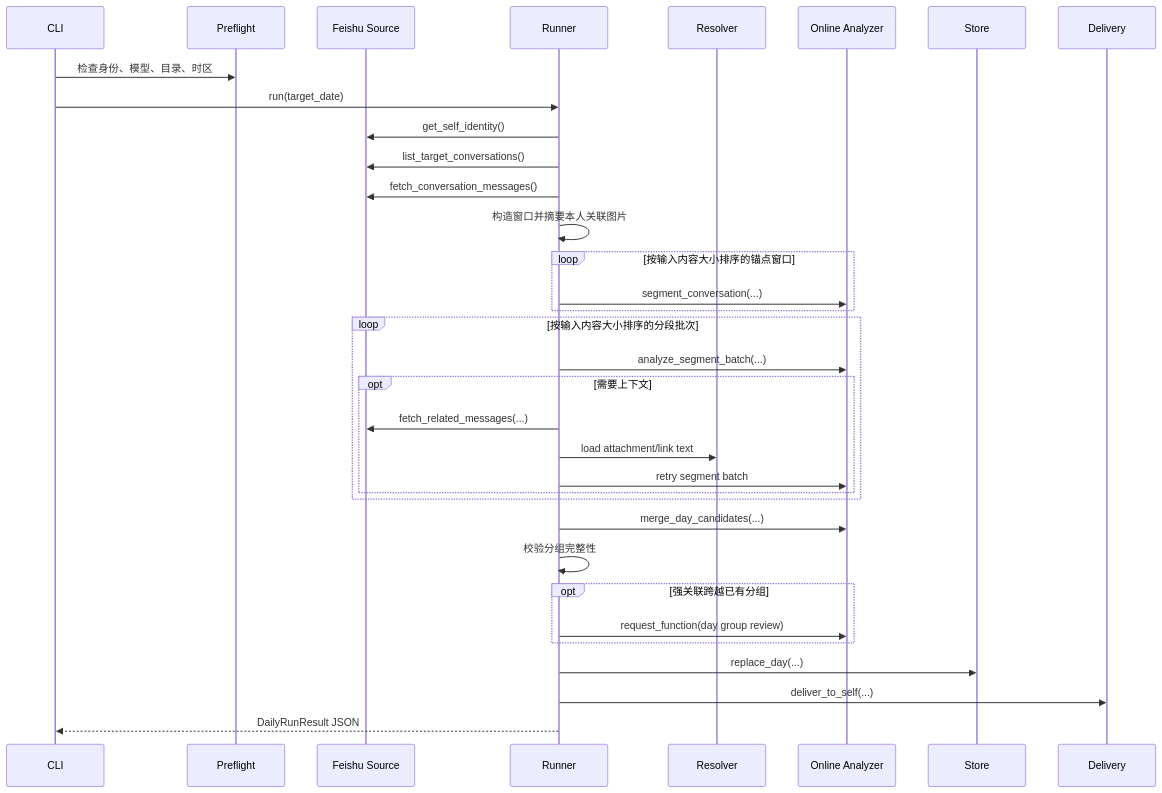
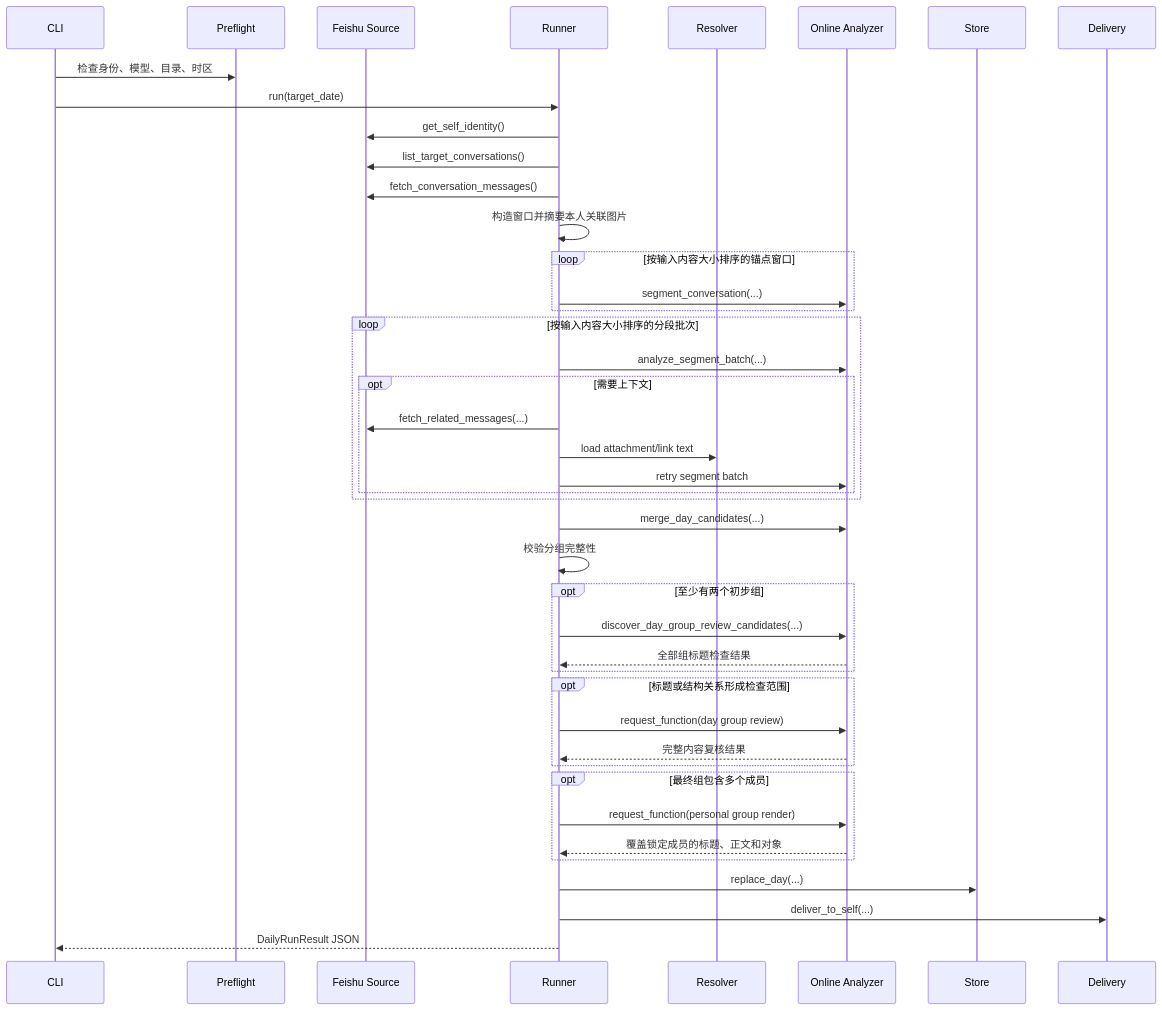
One commit to sunweisheng/WorkTrace changed the second of 4 diagrams in docs/detailed-design.md. Above: the diagram before and after it, drawn with Mermaid. The commit also changed other lines of this file and 55 other files, not shown here.

````diff
--- a/docs/detailed-design.md
+++ b/docs/detailed-design.md
@@ -57,37 +57,46 @@
 ```mermaid
 sequenceDiagram
     participant CLI
     participant Preflight
     participant Source as Feishu Source
     participant Runner
     participant Resolver
     participant LLM as Online Analyzer
     participant Store
     participant Delivery
 
     CLI->>Preflight: 检查身份、模型、目录、时区
     CLI->>Runner: run(target_date)
     Runner->>Source: get_self_identity()
     Runner->>Source: list_target_conversations()
     Runner->>Source: fetch_conversation_messages()
     Runner->>Runner: 构造窗口并摘要本人关联图片
     loop 按输入内容大小排序的锚点窗口
         Runner->>LLM: segment_conversation(...)
     end
     loop 按输入内容大小排序的分段批次
         Runner->>LLM: analyze_segment_batch(...)
         opt 需要上下文
             Runner->>Source: fetch_related_messages(...)
             Runner->>Resolver: load attachment/link text
             Runner->>LLM: retry segment batch
         end
     end
     Runner->>LLM: merge_day_candidates(...)
     Runner->>Runner: 校验分组完整性
-    opt 强关联跨越已有分组
+    opt 至少有两个初步组
+        Runner->>LLM: discover_day_group_review_candidates(...)
+        LLM-->>Runner: 全部组标题检查结果
+    end
+    opt 标题或结构关系形成检查范围
         Runner->>LLM: request_function(day group review)
+        LLM-->>Runner: 完整内容复核结果
+    end
+    opt 最终组包含多个成员
+        Runner->>LLM: request_function(personal group render)
+        LLM-->>Runner: 覆盖锁定成员的标题、正文和对象
     end
     Runner->>Store: replace_day(...)
     Runner->>Delivery: deliver_to_self(...)
     Runner-->>CLI: DailyRunResult JSON
 ```
````
